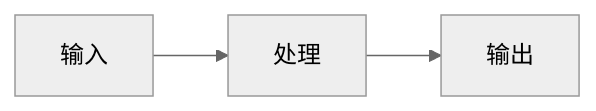
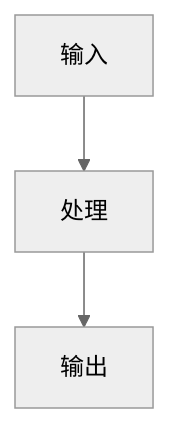
One commit to fanyu99/MyNote changed the first of 2 diagrams in 模板/_模板-通用笔记.md. Above: the diagram before and after it, drawn with Mermaid (neutral theme). The commit also changed other lines of this file and 26 other files, not shown here.

````diff
--- a/模板/_模板-通用笔记.md
+++ b/模板/_模板-通用笔记.md
@@ -40,4 +41,4 @@
 ```mermaid
-flowchart LR
+flowchart TB
     A["输入"] --> B["处理"] --> C["输出"]
 ```
````
